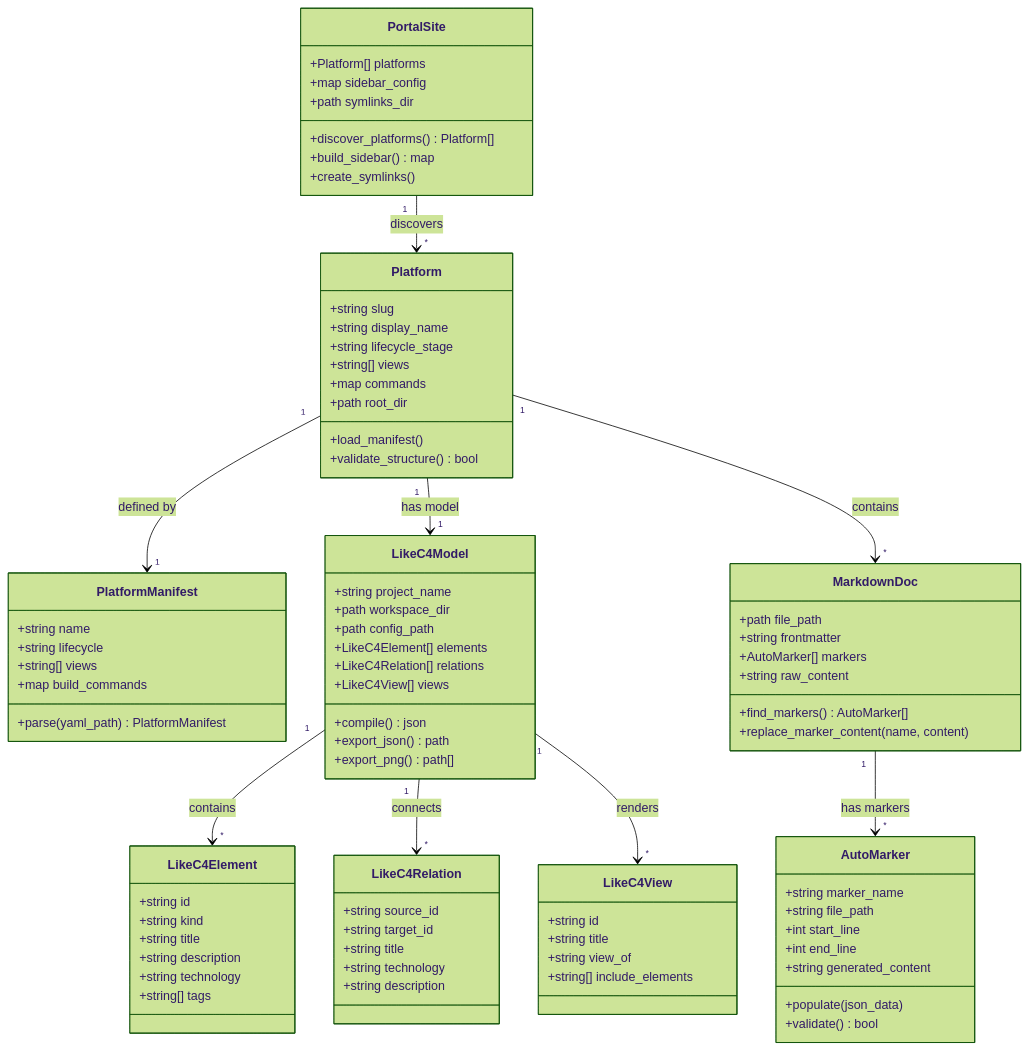
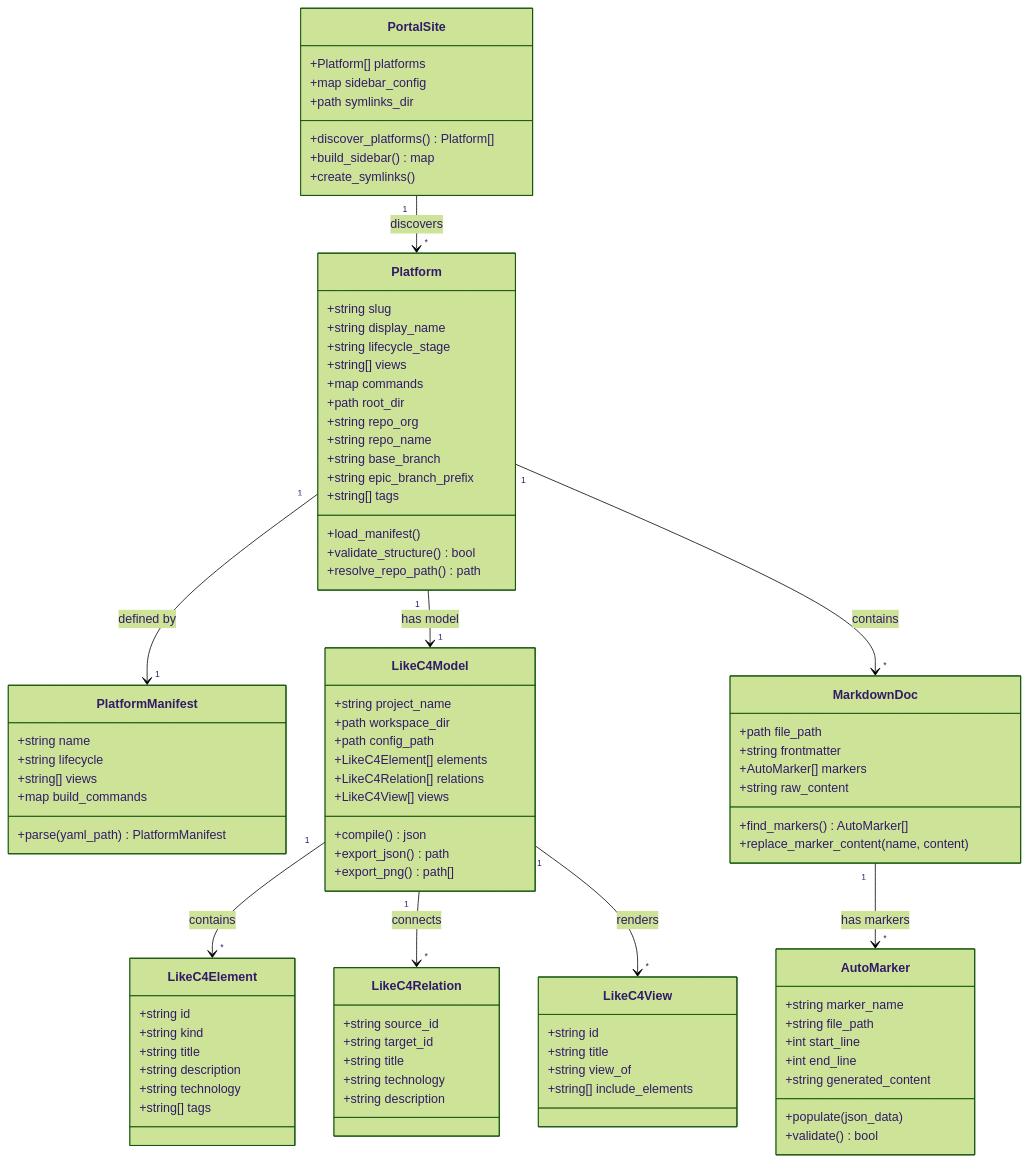
Before and after one commit to paceautomations/madruga.ai: the first of 6 diagrams in platforms/madruga-ai/engineering/domain-model.md, drawn with Mermaid (forest theme). The commit also changed other lines of this file and 71 other files, not shown here.

First line of the commit message:
feat: Epic 010 — Pipeline Dashboard, epic cleanup, repo binding, skill updates

```diff
--- a/platforms/madruga-ai/engineering/domain-model.md
+++ b/platforms/madruga-ai/engineering/domain-model.md
@@ -23,8 +23,14 @@
         +string[] views
         +map commands
         +path root_dir
+        +string repo_org
+        +string repo_name
+        +string base_branch
+        +string epic_branch_prefix
+        +string[] tags
         +load_manifest()
         +validate_structure() bool
+        +resolve_repo_path() path
     }
 
     class PlatformManifest {
```
